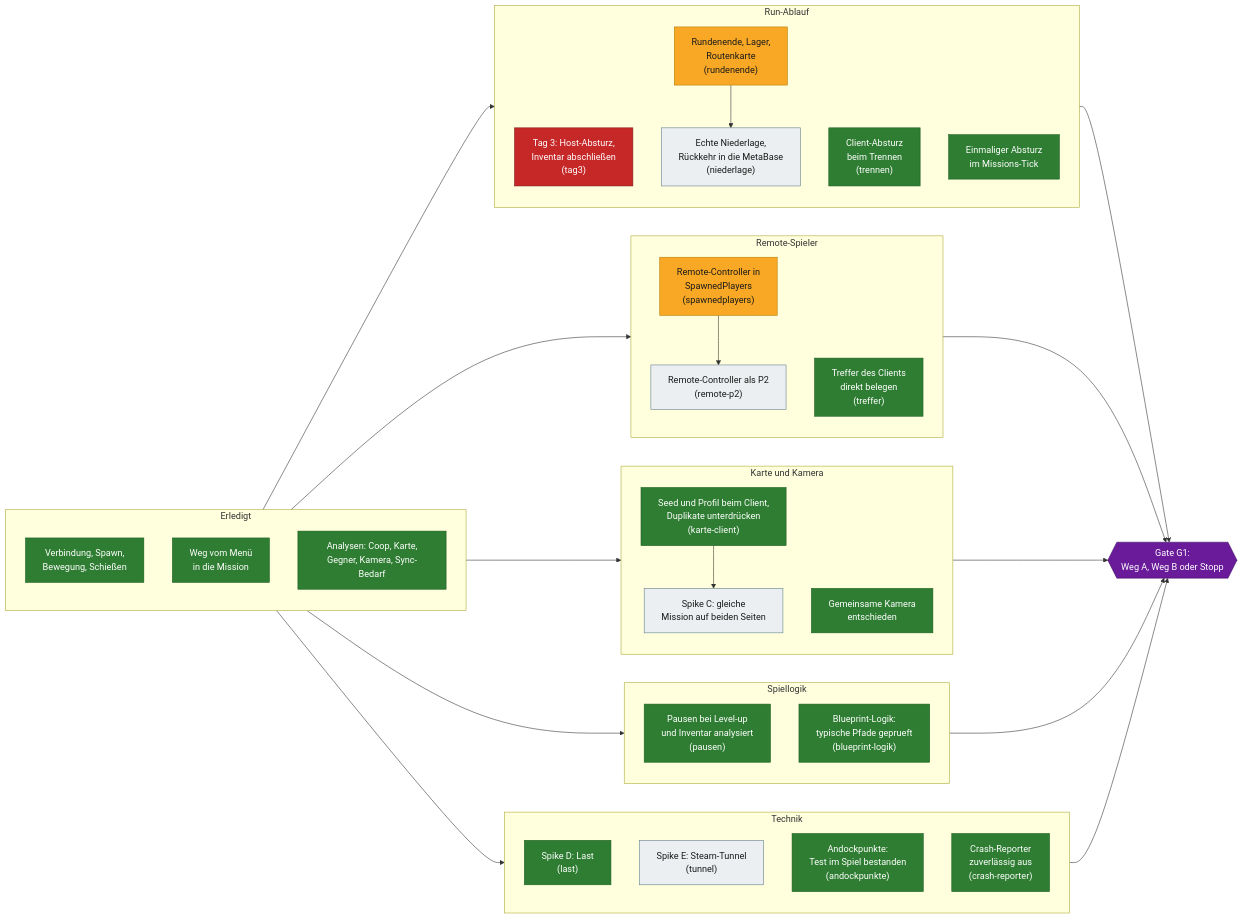
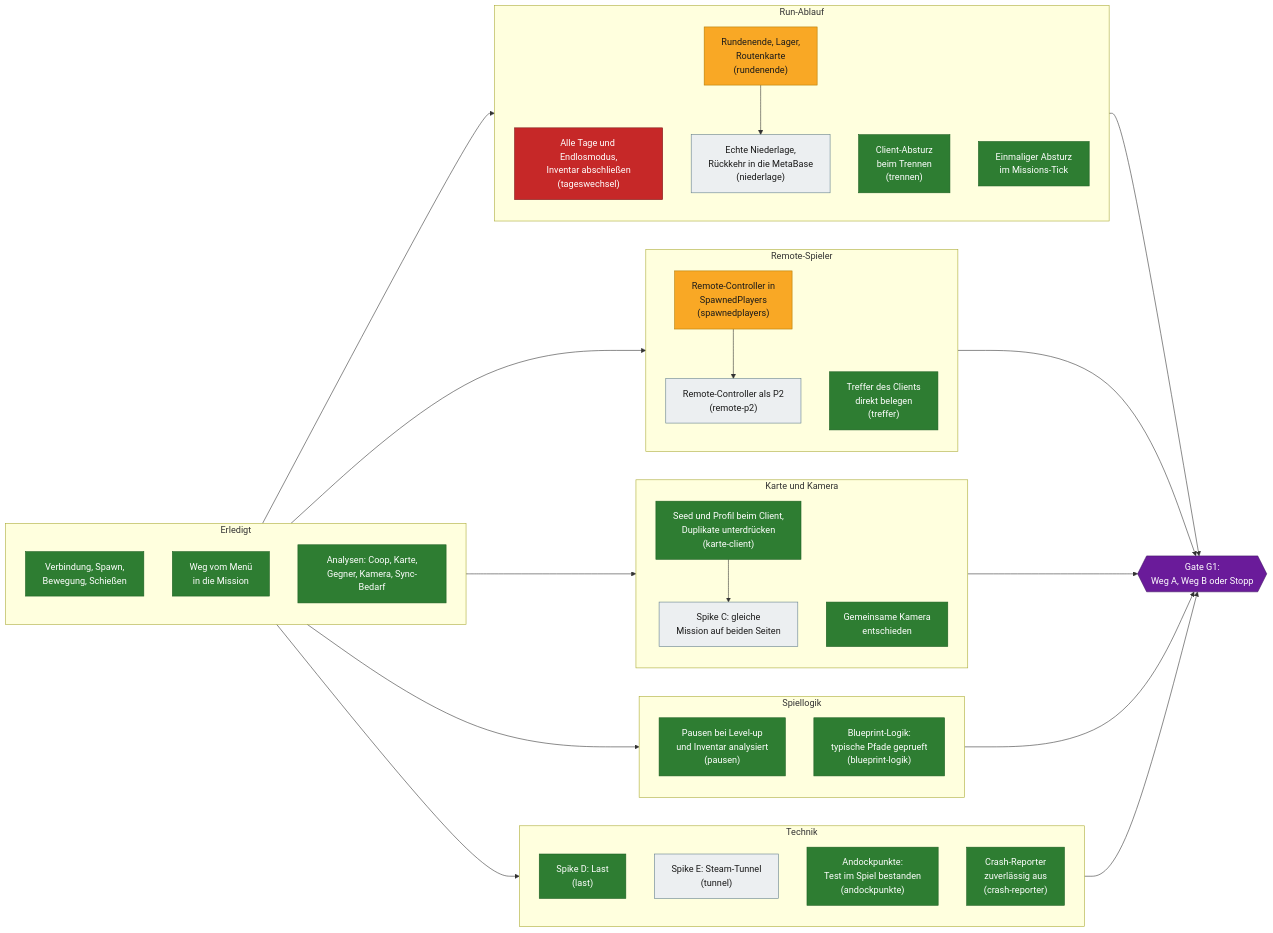
The second of 4 diagrams in docs/ROADMAP.md (VitaminStack/Deadly-Days-Roadtrip-Multiplayer-Mod), drawn with Mermaid before and after one commit. The commit also changed other lines of this file and 3 other files, not shown here.

First line of the commit message:
docs: Inventar-Punkt auf alle Tage und den Endlosmodus ausweiten (#56)

````diff
--- a/docs/ROADMAP.md
+++ b/docs/ROADMAP.md
@@ -69,64 +69,64 @@
 ```mermaid
 flowchart LR
     subgraph BASIS["Erledigt"]
         A1["Verbindung, Spawn,<br/>Bewegung, Schießen"]:::done
         A2["Weg vom Menü<br/>in die Mission"]:::done
         A3["Analysen: Coop, Karte,<br/>Gegner, Kamera, Sync-Bedarf"]:::done
     end
 
     subgraph RUN["Run-Ablauf"]
-        T3["Tag 3: Host-Absturz,<br/>Inventar abschließen<br/>(tag3)"]:::blocker
+        T3["Alle Tage und Endlosmodus,<br/>Inventar abschließen<br/>(tageswechsel)"]:::blocker
         RE["Rundenende, Lager,<br/>Routenkarte<br/>(rundenende)"]:::wip
         NI["Echte Niederlage,<br/>Rückkehr in die MetaBase<br/>(niederlage)"]:::open
         TR["Client-Absturz<br/>beim Trennen<br/>(trennen)"]:::done
         MT["Einmaliger Absturz<br/>im Missions-Tick"]:::done
         RE --> NI
     end
 
     subgraph SPIELER["Remote-Spieler"]
         SP["Remote-Controller in<br/>SpawnedPlayers<br/>(spawnedplayers)"]:::wip
         RP["Remote-Controller als P2<br/>(remote-p2)"]:::open
         TF["Treffer des Clients<br/>direkt belegen<br/>(treffer)"]:::done
         SP --> RP
     end
 
     subgraph WELT["Karte und Kamera"]
         KC["Seed und Profil beim Client,<br/>Duplikate unterdrücken<br/>(karte-client)"]:::done
         SC["Spike C: gleiche<br/>Mission auf beiden Seiten"]:::open
         KE["Gemeinsame Kamera<br/>entschieden"]:::done
         KC --> SC
     end
 
     subgraph LOGIK["Spiellogik"]
         PA["Pausen bei Level-up<br/>und Inventar analysiert<br/>(pausen)"]:::done
         BP["Blueprint-Logik:<br/>typische Pfade geprueft<br/>(blueprint-logik)"]:::done
     end
 
     subgraph TECHNIK["Technik"]
         LA["Spike D: Last<br/>(last)"]:::done
         TU["Spike E: Steam-Tunnel<br/>(tunnel)"]:::open
         AP["Andockpunkte:<br/>Test im Spiel bestanden<br/>(andockpunkte)"]:::done
         CR["Crash-Reporter<br/>zuverlässig aus<br/>(crash-reporter)"]:::done
     end
 
     BASIS --> RUN
     BASIS --> SPIELER
     BASIS --> WELT
     BASIS --> LOGIK
     BASIS --> TECHNIK
 
     RUN --> G1
     SPIELER --> G1
     WELT --> G1
     LOGIK --> G1
     TECHNIK --> G1
 
     G1{{"Gate G1:<br/>Weg A, Weg B oder Stopp"}}:::gate
 
     classDef done fill:#2e7d32,stroke:#1b5e20,color:#ffffff
     classDef wip fill:#f9a825,stroke:#b27a00,color:#1a1a1a
     classDef open fill:#eceff1,stroke:#607d8b,color:#1a1a1a
     classDef blocker fill:#c62828,stroke:#7f1d1d,color:#ffffff
     classDef decision fill:#ef6c00,stroke:#a34800,color:#ffffff
     classDef gate fill:#6a1b9a,stroke:#3e1163,color:#ffffff
 ```
````
